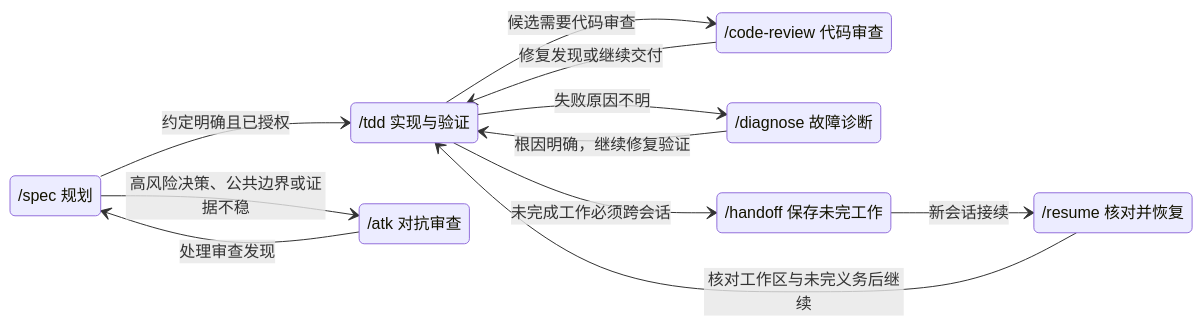
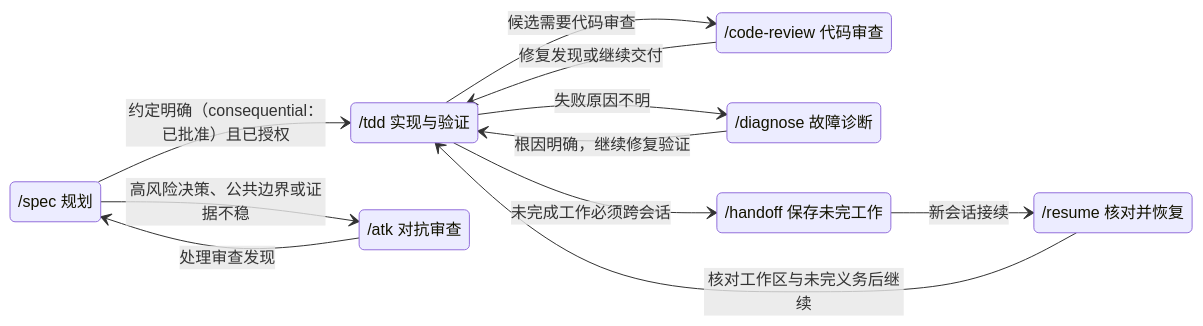
Before and after one commit to SilentUniverse/CosmosSkills: the second of 2 diagrams in README.md, drawn with Mermaid. The commit also changed other lines of this file, not shown here.

First line of the commit message:
docs(readme): align control-plane table and both diagrams with the review model (#139)

````diff
--- a/README.md
+++ b/README.md
@@ -158,22 +158,22 @@
 ```mermaid
 stateDiagram-v2
   direction LR
   state "/spec 规划" as Spec
   state "/tdd 实现与验证" as TDD
   state "/atk 对抗审查" as ATK
   state "/code-review 代码审查" as Review
   state "/diagnose 故障诊断" as Diagnose
   state "/handoff 保存未完工作" as Handoff
   state "/resume 核对并恢复" as Resume
 
   Spec --> ATK: 高风险决策、公共边界或证据不稳
   ATK --> Spec: 处理审查发现
-  Spec --> TDD: 约定明确且已授权
+  Spec --> TDD: 约定明确（consequential：已批准）且已授权
   TDD --> Review: 候选需要代码审查
   Review --> TDD: 修复发现或继续交付
   TDD --> Diagnose: 失败原因不明
   Diagnose --> TDD: 根因明确，继续修复验证
   TDD --> Handoff: 未完成工作必须跨会话
   Handoff --> Resume: 新会话接续
   Resume --> TDD: 核对工作区与未完义务后继续
 ```
````
